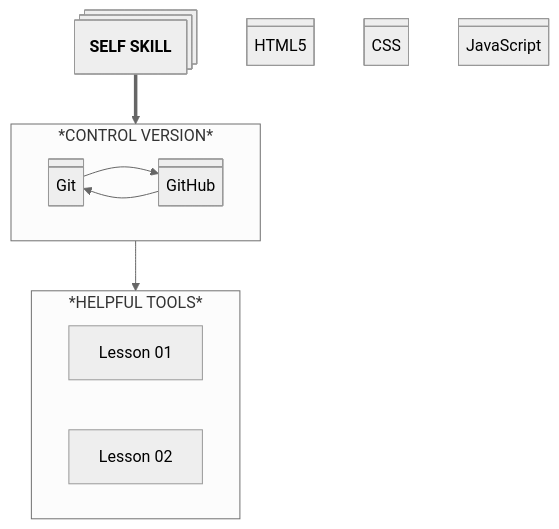
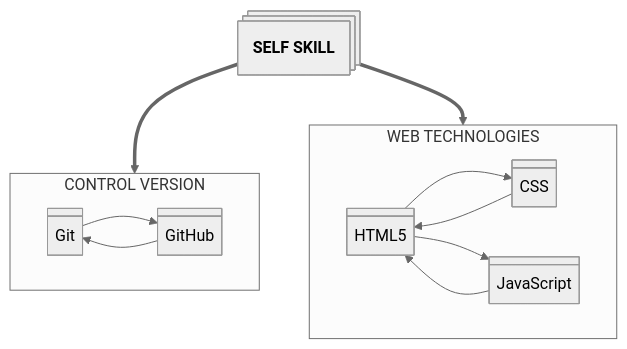
The diagram in README.md (alexkoykov/alexkoykov), drawn with Mermaid (neutral theme) before and after one commit.

Commit message:
fix: remove block of resources

````diff
--- a/README.md
+++ b/README.md
@@ -29,41 +29,35 @@
 ```mermaid
 %% START SCRIPT
 graph TD
 %% DEFINE
 
   ROOT@{shape: processes, label: "**SELF SKILL**"}
   
   git@{shape: div-rect, label: "Git"}
   github@{shape: div-rect, label: "GitHub"}
 
-  lesson_01@{shape: rect, label: "Lesson 01"}
-  lesson_02@{shape: rect, label: "Lesson 02"}
-
   html@{shape: div-rect, label: "HTML5"}
   css@{shape: div-rect, label: "CSS"}
   js@{shape: div-rect, label: "JavaScript"}
 
 %% END DEFINE
-%% LINKS
-
-  click lesson_01 "https://youtu.be/0Y-fneoUIO8"
-  click lesson_02 "https://youtu.be/O00FTZDxD0o"
-
-%% END LINKS
 %% LOGICS
 
   ROOT ==> CTR_VER
-    subgraph CTR_VER [*CONTROL VERSION*]
+    subgraph CTR_VER [CONTROL VERSION]
       git --> github 
       github --> git
     end
 
-  CTR_VER --> CTR_VER_SRC
-    subgraph CTR_VER_SRC [*HELPFUL TOOLS*]
-      lesson_01
-      lesson_02
-    end  
+  ROOT ==> WEB
+    subgraph WEB [WEB TECHNOLOGIES]
+      css --> html 
+      html --> css
+
+      html --> js
+      js --> html
+    end
 
 %% END LOGICS
 %% END SCRIPT
 ```
````
